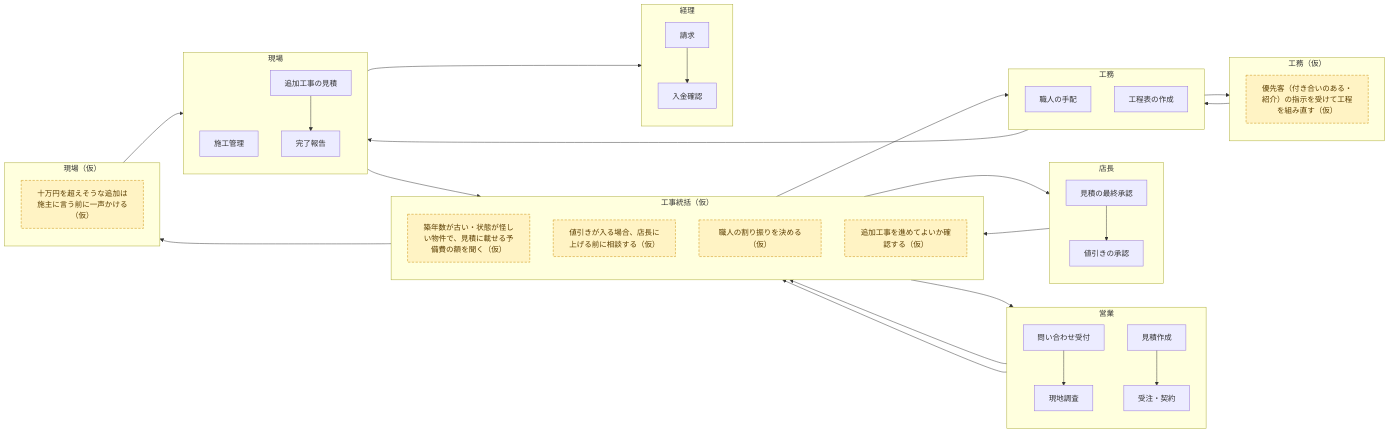
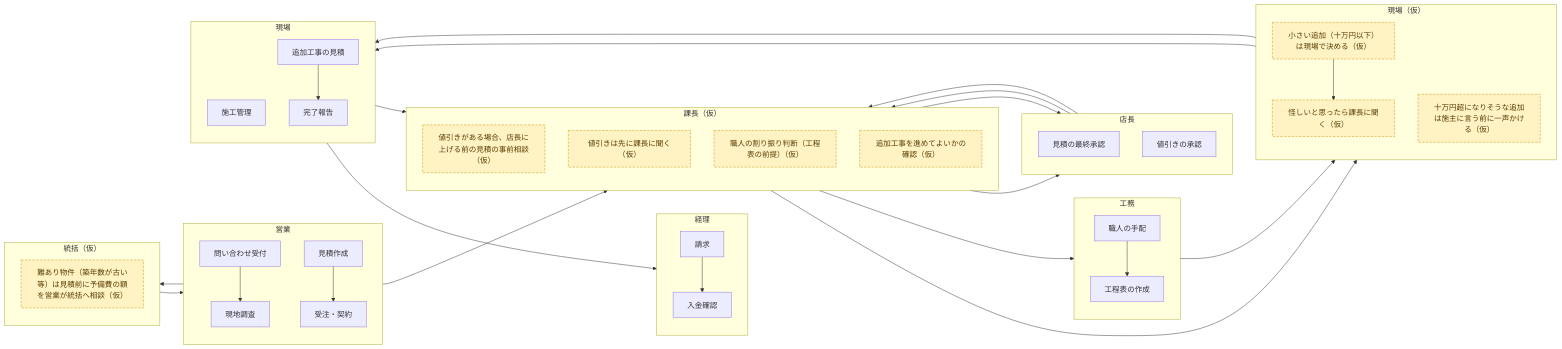
One commit to chisuke0309/anmoku changed the second of 2 diagrams in docs/demo/flow_compare.md. Above: the diagram before and after it, drawn with Mermaid. The commit also changed 30 other files, not shown here.

Commit message:
固定版を作り直す（今のコードで最初から1回実行。フローは人の承認待ちのまま、結果は手で書き換えていない）。画面の画像をすべて撮り直し、フロー図は「仮」が8行でも1画面に収まる幅に

````diff
--- a/docs/demo/flow_compare.md
+++ b/docs/demo/flow_compare.md
@@ -55,72 +55,78 @@
 ```mermaid
 flowchart LR
   subgraph L0["営業"]
     direction TB
     T0["問い合わせ受付"]
     T1["現地調査"]
     T3["見積作成"]
     T4["受注・契約"]
   end
-  subgraph L1["工事統括（仮）"]
+  subgraph L1["統括（仮）"]
     direction TB
-    T2["築年数が古い・状態が怪しい物件で、見積に載せる予備費の額を聞く（仮）"]
-    T5["値引きが入る場合、店長に上げる前に相談する（仮）"]
-    T8["職人の割り振りを決める（仮）"]
-    T13["追加工事を進めてよいか確認する（仮）"]
+    T2["難あり物件（築年数が古い等）は見積前に予備費の額を営業が統括へ相談（仮）"]
   end
-  subgraph L2["店長"]
+  subgraph L2["課長（仮）"]
+    direction TB
+    T5["値引きがある場合、店長に上げる前の見積の事前相談（仮）"]
+    T7["値引きは先に課長に聞く（仮）"]
+    T9["職人の割り振り判断（工程表の前提）（仮）"]
+    T15["追加工事を進めてよいかの確認（仮）"]
+  end
+  subgraph L3["店長"]
     direction TB
     T6["見積の最終承認"]
-    T7["値引きの承認"]
+    T8["値引きの承認"]
   end
-  subgraph L3["工務"]
+  subgraph L4["工務"]
     direction TB
-    T9["職人の手配"]
+    T10["職人の手配"]
     T11["工程表の作成"]
   end
-  subgraph L4["工務（仮）"]
+  subgraph L5["現場（仮）"]
     direction TB
-    T10["優先客（付き合いのある・紹介）の指示を受けて工程を組み直す（仮）"]
+    T12["小さい追加（十万円以下）は現場で決める（仮）"]
+    T13["怪しいと思ったら課長に聞く（仮）"]
+    T16["十万円超になりそうな追加は施主に言う前に一声かける（仮）"]
   end
-  subgraph L5["現場"]
+  subgraph L6["現場"]
     direction TB
-    T12["施工管理"]
-    T15["追加工事の見積"]
-    T16["完了報告"]
-  end
-  subgraph L6["現場（仮）"]
-    direction TB
-    T14["十万円を超えそうな追加は施主に言う前に一声かける（仮）"]
+    T14["施工管理"]
+    T17["追加工事の見積"]
+    T18["完了報告"]
   end
   subgraph L7["経理"]
     direction TB
-    T17["請求"]
-    T18["入金確認"]
+    T19["請求"]
+    T20["入金確認"]
   end
   T0 --> T1
   T1 --> T2
   T2 --> T3
   T3 --> T4
   T4 --> T5
   T5 --> T6
   T6 --> T7
   T7 --> T8
   T8 --> T9
   T9 --> T10
   T10 --> T11
   T11 --> T12
   T12 --> T13
   T13 --> T14
   T14 --> T15
   T15 --> T16
   T16 --> T17
   T17 --> T18
+  T18 --> T19
+  T19 --> T20
   classDef prov fill:#fff3c4,stroke:#c98a00,stroke-dasharray: 5 3,color:#5a3d00
   classDef added fill:#ffe0d6,stroke:#c0392b,color:#5a1a10
   class T2 prov
   class T5 prov
-  class T8 prov
-  class T10 prov
+  class T7 prov
+  class T9 prov
+  class T12 prov
   class T13 prov
-  class T14 prov
+  class T15 prov
+  class T16 prov
 ```
````
